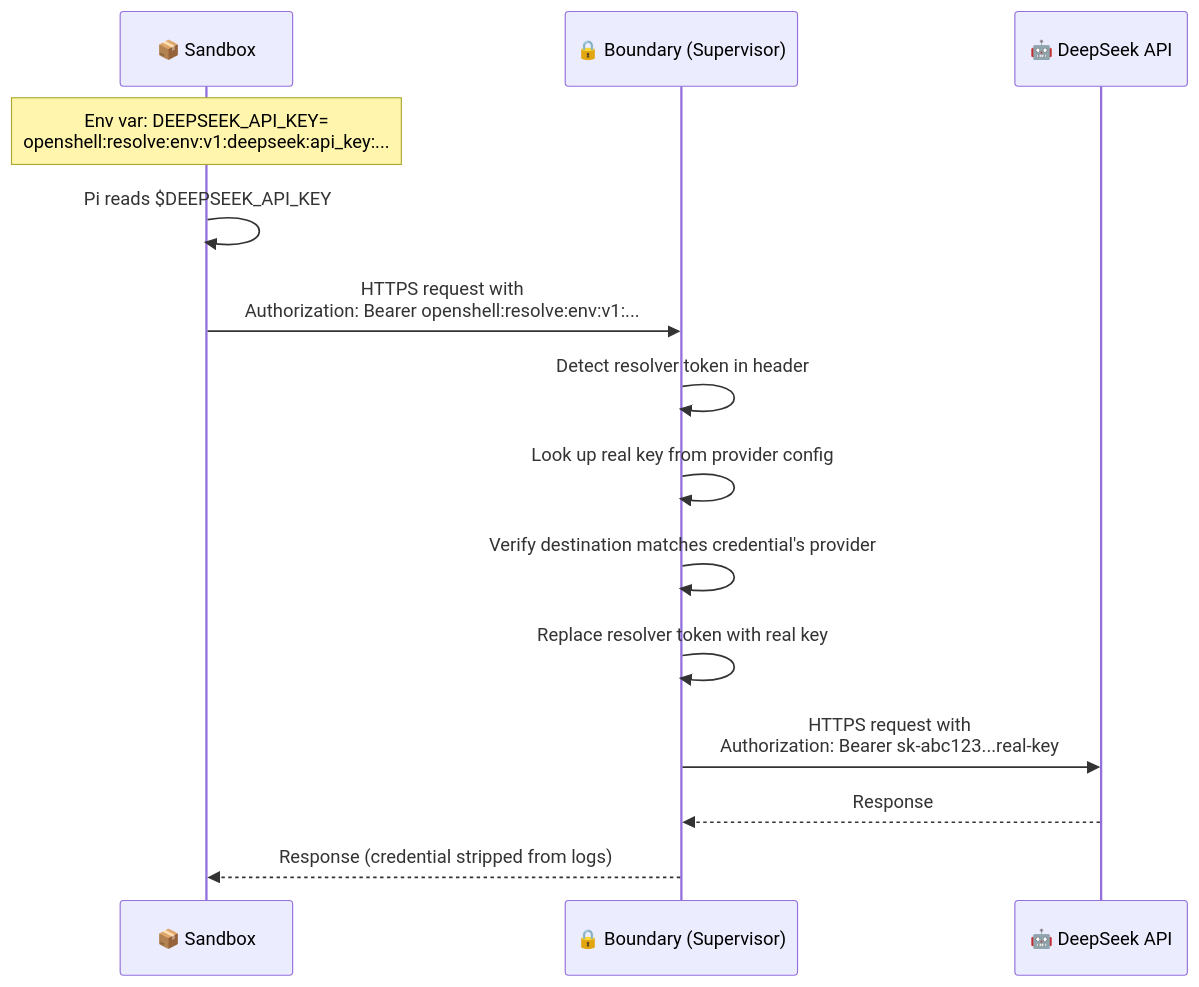
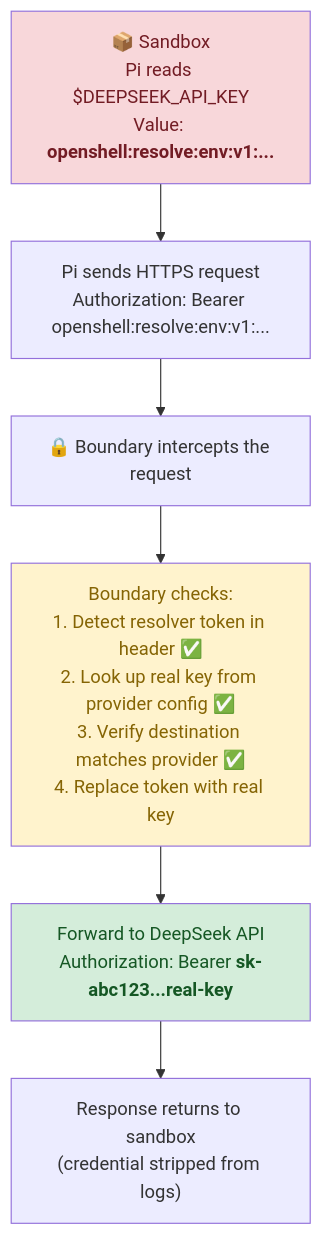
The diagram in docs/8-credential-security/README.md (avijra/openshell-ztm-lab), drawn with Mermaid before and after one commit. The commit also changed other lines of this file and 6 other files, not shown here.

First line of the commit message:
fix: replace all unreadable sequence diagrams with simple vertical flows

````diff
--- a/docs/8-credential-security/README.md
+++ b/docs/8-credential-security/README.md
@@ -24,18 +24,15 @@
 ```mermaid
-sequenceDiagram
-    participant SB as 📦 Sandbox
-    participant BN as 🔒 Boundary (Supervisor)
-    participant DS as 🤖 DeepSeek API
+graph TD
+    SB["📦 Sandbox<br/>Pi reads $DEEPSEEK_API_KEY<br/>Value: <b>openshell:resolve:env:v1:...</b>"]
+    REQ["Pi sends HTTPS request<br/>Authorization: Bearer openshell:resolve:env:v1:..."]
+    BND["🔒 Boundary intercepts the request"]
+    CHK["Boundary checks:<br/>1. Detect resolver token in header ✅<br/>2. Look up real key from provider config ✅<br/>3. Verify destination matches provider ✅<br/>4. Replace token with real key"]
+    FWD["Forward to DeepSeek API<br/>Authorization: Bearer <b>sk-abc123...real-key</b>"]
+    RES["Response returns to sandbox<br/>(credential stripped from logs)"]
 
-    Note over SB: Env var: DEEPSEEK_API_KEY=<br/>openshell:resolve:env:v1:deepseek:api_key:...
+    SB --> REQ --> BND --> CHK --> FWD --> RES
 
-    SB->>SB: Pi reads $DEEPSEEK_API_KEY
-    SB->>BN: HTTPS request with<br/>Authorization: Bearer openshell:resolve:env:v1:...
-    BN->>BN: Detect resolver token in header
-    BN->>BN: Look up real key from provider config
-    BN->>BN: Verify destination matches credential's provider
-    BN->>BN: Replace resolver token with real key
-    BN->>DS: HTTPS request with<br/>Authorization: Bearer sk-abc123...real-key
-    DS-->>BN: Response
-    BN-->>SB: Response (credential stripped from logs)
+    style SB fill:#f8d7da,color:#721c24
+    style CHK fill:#fff3cd,color:#856404
+    style FWD fill:#d4edda,color:#155724
 ```
````
